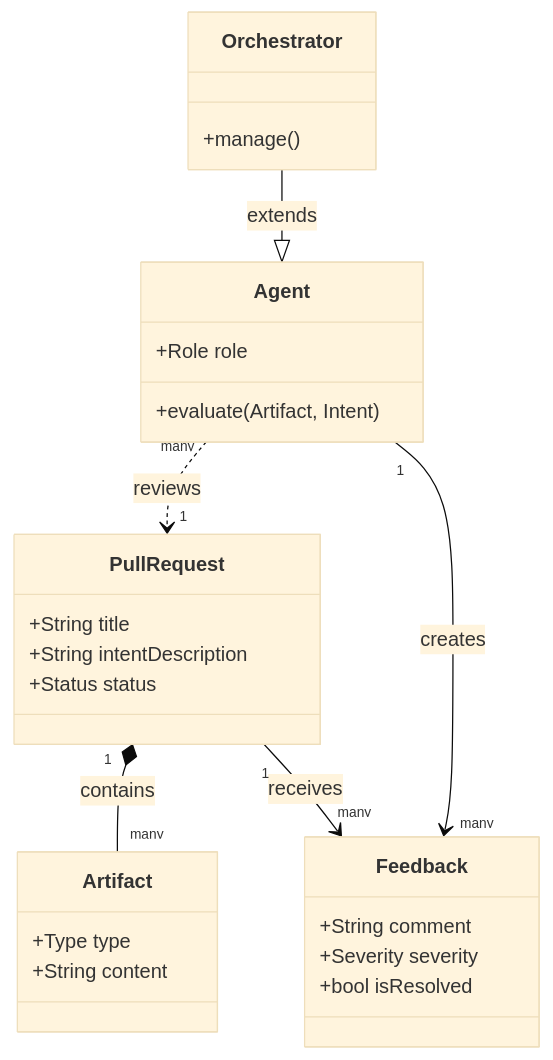
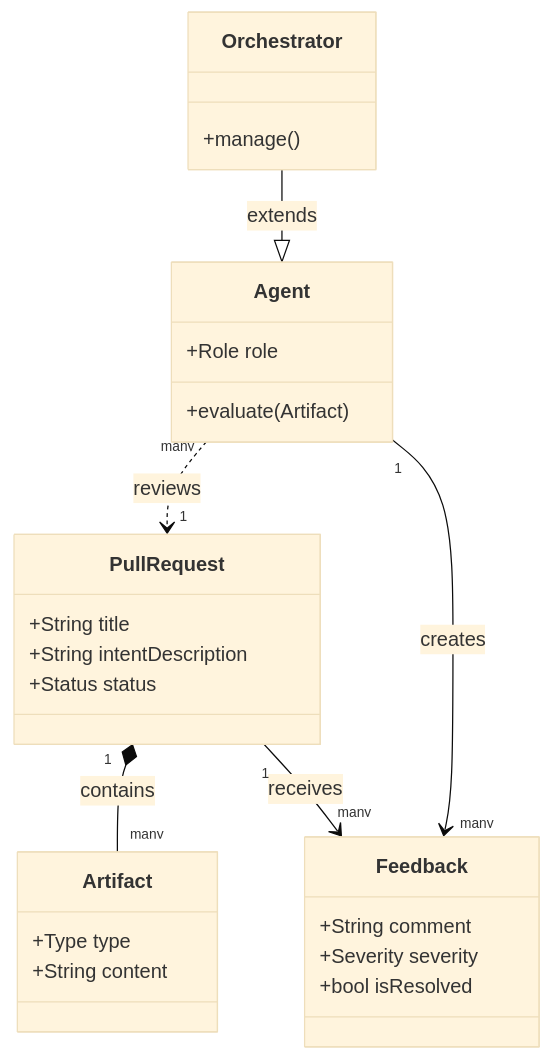
One commit to isms01/personal-agent-os changed the diagram in doc/product_design_draft.md. Above: the diagram before and after it, drawn with Mermaid (base theme).

Commit message:
Remove unnecessary argument

````diff
--- a/doc/product_design_draft.md
+++ b/doc/product_design_draft.md
@@ -3,30 +3,30 @@
 ```mermaid
 classDiagram
     class PullRequest {
         +String title
         +String intentDescription
         +Status status
     }
     class Artifact {
         +Type type
         +String content
     }
     class Agent {
         +Role role
-        +evaluate(Artifact, Intent)
+        +evaluate(Artifact)
     }
     class Feedback {
         +String comment
         +Severity severity
         +bool isResolved
     }
     class Orchestrator {
         +manage()
     }
     
     PullRequest "1" *-- "many" Artifact : contains
     PullRequest "1" --> "many" Feedback : receives
     Agent "many" ..> "1" PullRequest : reviews
     Agent "1" --> "many" Feedback : creates
     Orchestrator --|> Agent : extends
 ```
````
